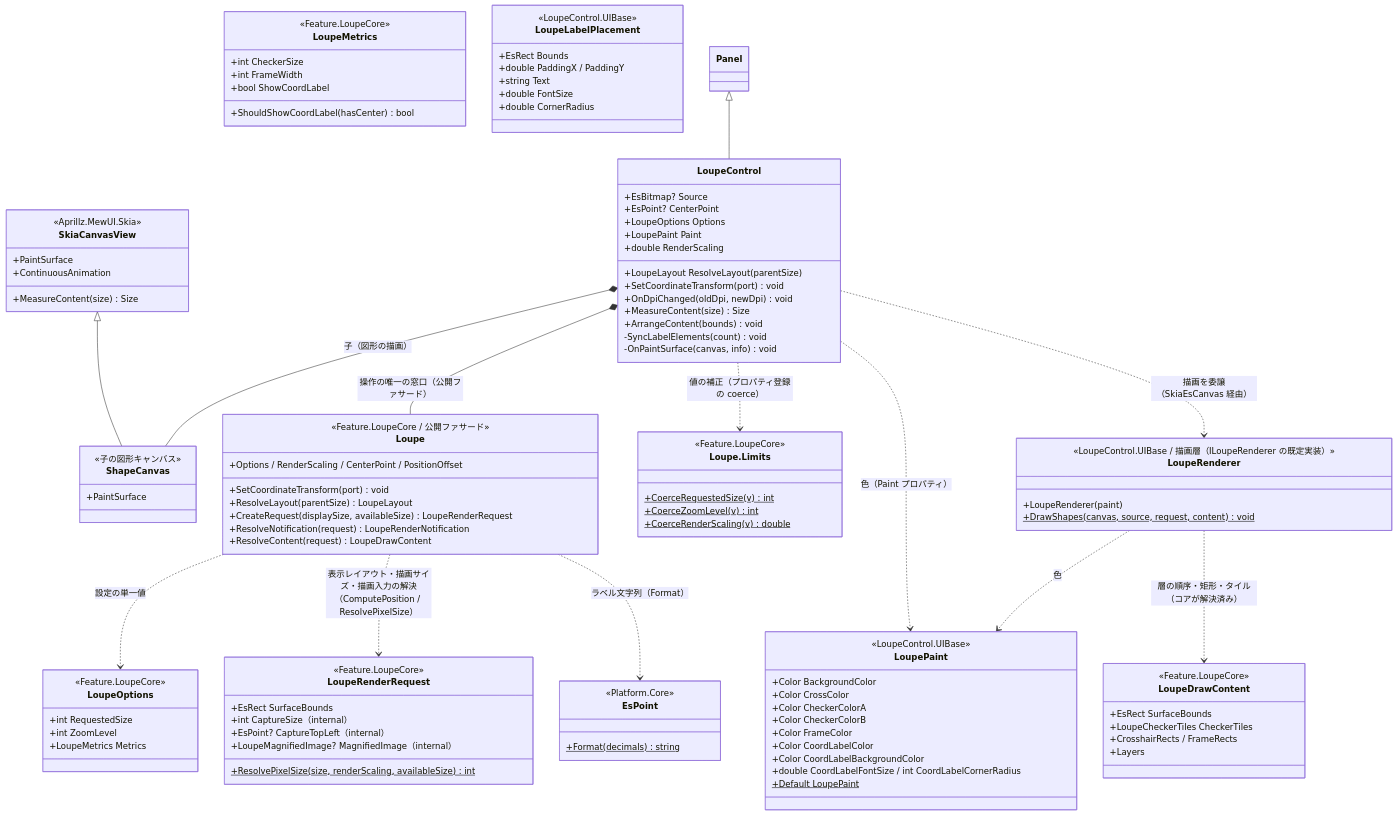
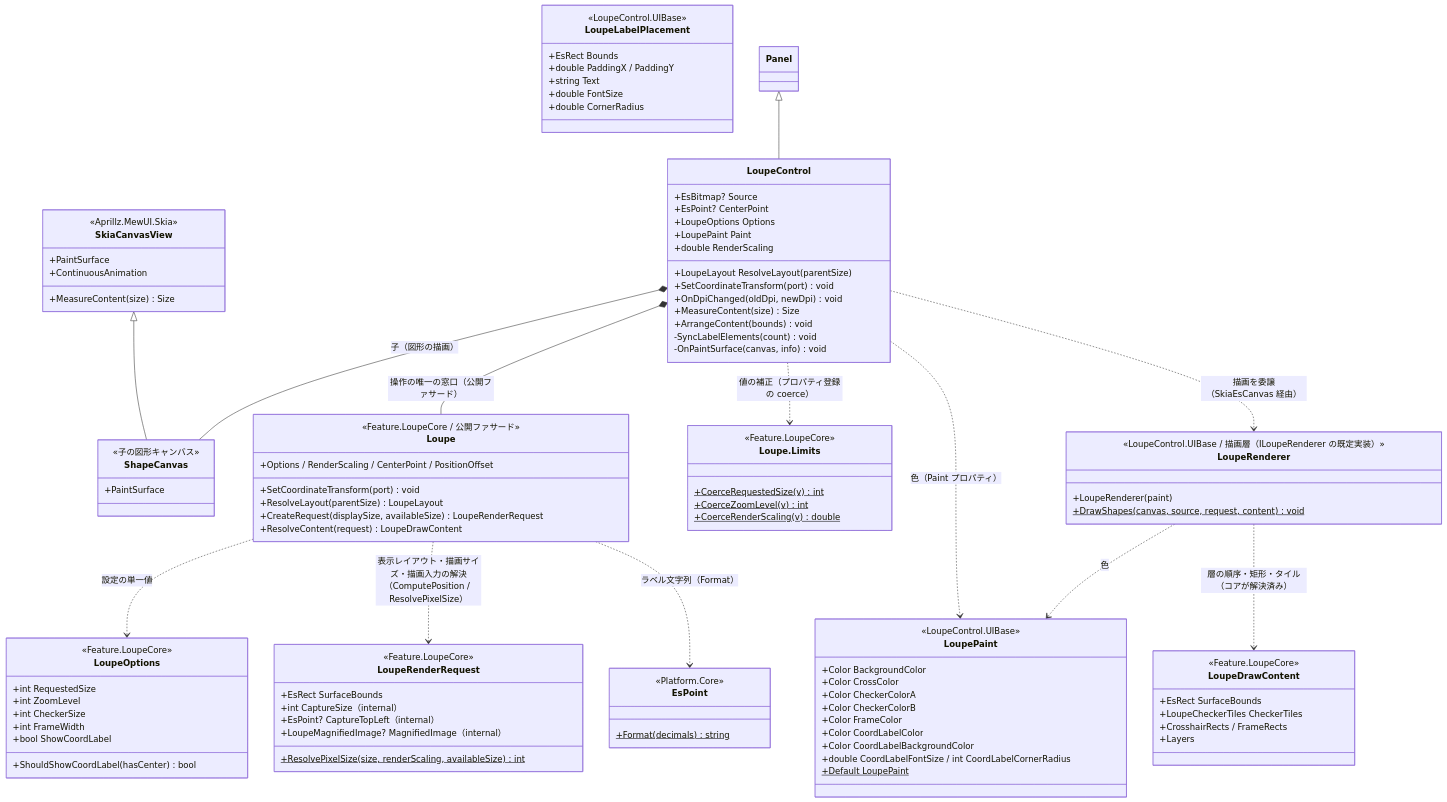
Before and after one commit to tomokuni/SaveEvidence: the first of 2 diagrams in src/LoupeControl.MewUI/SPEC_System.md, drawn with Mermaid. The commit also changed other lines of this file and 57 other files, not shown here.

```diff
--- a/src/LoupeControl.MewUI/SPEC_System.md
+++ b/src/LoupeControl.MewUI/SPEC_System.md
@@ -103,10 +103,6 @@
         <<Feature.LoupeCore>>
         +int RequestedSize
         +int ZoomLevel
-        +LoupeMetrics Metrics
-    }
-    class LoupeMetrics {
-        <<Feature.LoupeCore>>
         +int CheckerSize
         +int FrameWidth
         +bool ShowCoordLabel
@@ -164,7 +160,6 @@
         +SetCoordinateTransform(port) void
         +ResolveLayout(parentSize) LoupeLayout
         +CreateRequest(displaySize, availableSize) LoupeRenderRequest
-        +ResolveNotification(request) LoupeRenderNotification
         +ResolveContent(request) LoupeDrawContent
     }
     class EsPoint {
```
